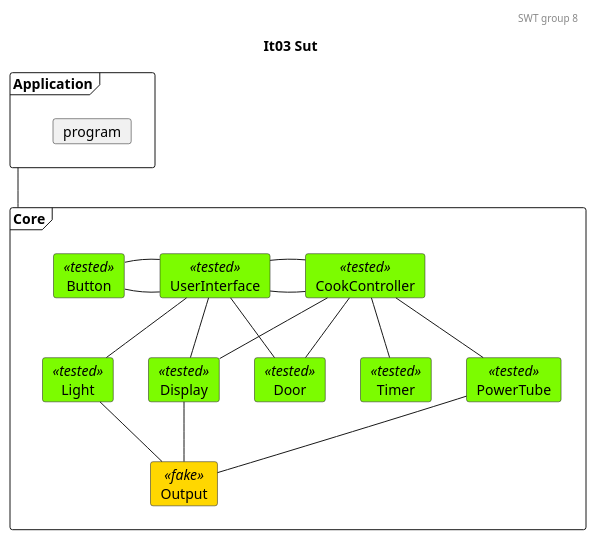
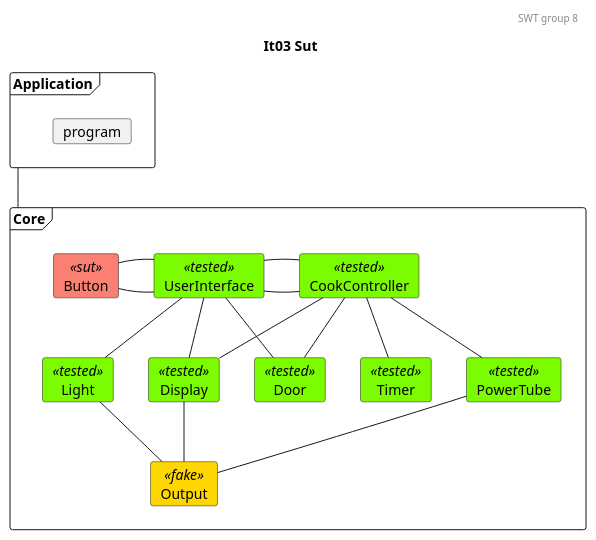
One commit to mikkel-ol/I4SWT-MicrowaveOven changed the diagram in docs/SysTestTree3.plantuml. Above: the diagram before and after it, drawn with PlantUML. The commit also changed 2 other files, not shown here.

```diff
--- a/docs/SysTestTree3.plantuml
+++ b/docs/SysTestTree3.plantuml
@@ -1,62 +1,62 @@
 @startuml
 
 'Testing colors:
 skinparam card{
     backgroundColor<<tested>> lawngreen
     backgroundColor<<sut>> salmon
     backgroundColor<<test>> salmon
     backgroundColor<<fake>> gold
 }
 
 header SWT group 8
 title It03 Sut
 
 frame Application{
     card program
 }
 
 frame Core{
     card UserInterface<<tested>>
     card CookController<<tested>>
 
     card Door<<tested>>
     card Light<<tested>>
     card Timer<<tested>>
     card PowerTube<<tested>>
     card Display<<tested>>
     card Output<<fake>>
-    card Button<<tested>>
+    card Button<<sut>>
 }
 
 'Relations projects
 ' 0. to 1.
 Application -- Core
 
 'Relations CookController:
 '1.
 CookController - UserInterface
 '1. to 2.
 CookController -- Door
 CookController -- Timer
 CookController -- PowerTube
 CookController -- Display
 
 'Relations UserInterface:
 '1.
 UserInterface - CookController
 Button - UserInterface 
 UserInterface - Button
 
 '1. to 2.
 UserInterface -- Light
 UserInterface -- Door
 UserInterface -- Display
 
 ' Relations 2. to 3.
 Light -- Output
 Display -- Output
 PowerTube -- Output
 
 
 
 @enduml
```
